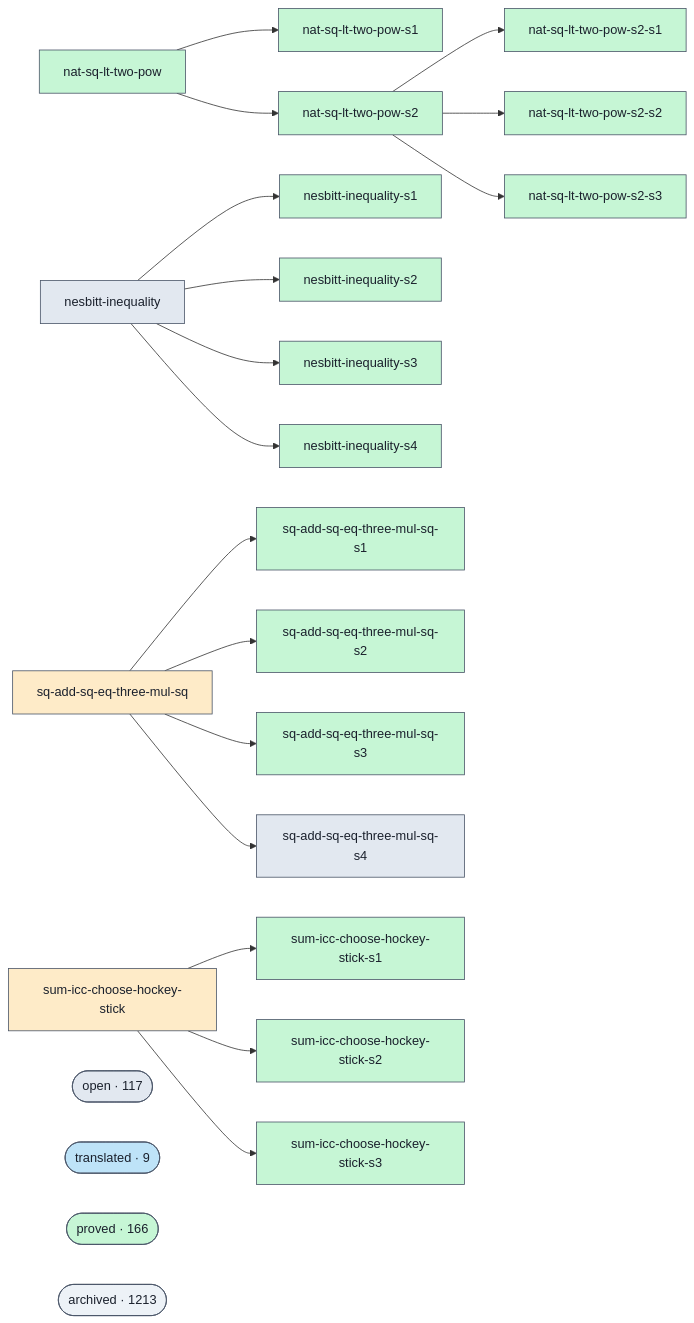
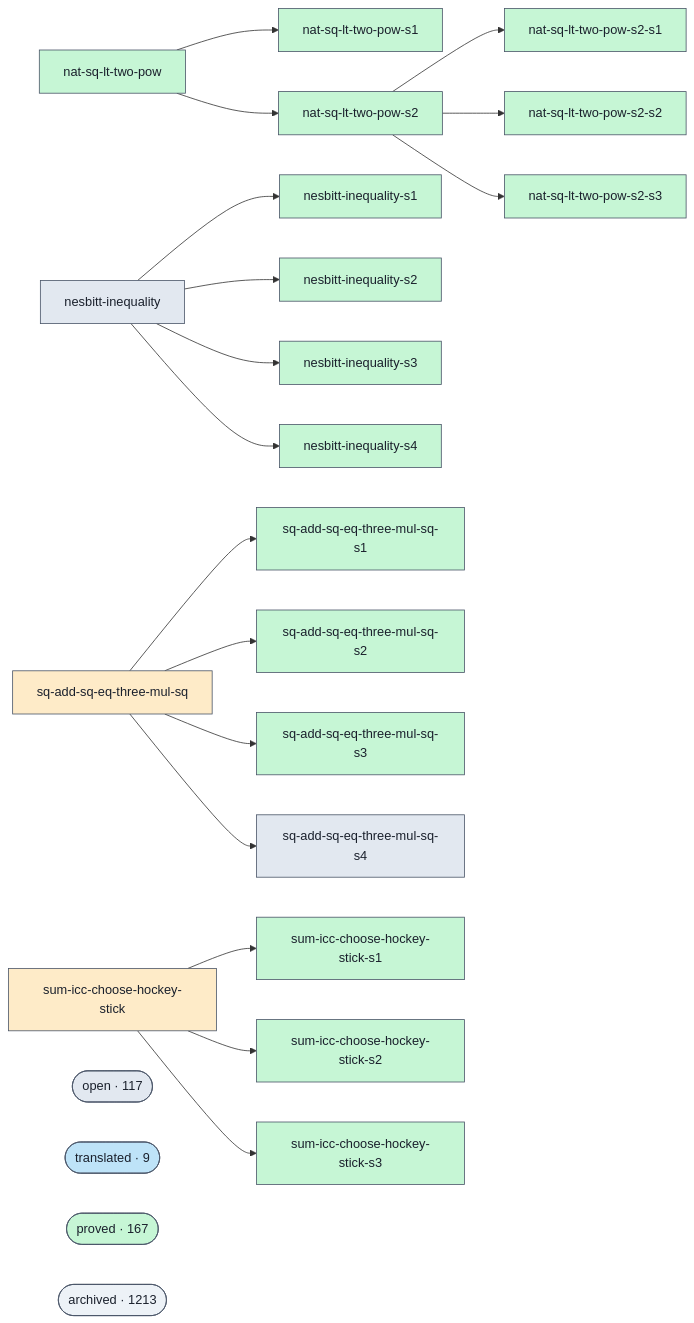
One commit to ohdearquant/unsorry changed the diagram in docs/proofs-contributors-visualisation.md. Above: the diagram before and after it, drawn with Mermaid. The commit also changed other lines of this file and 2 other files, not shown here.

```diff
--- a/docs/proofs-contributors-visualisation.md
+++ b/docs/proofs-contributors-visualisation.md
@@ -102,7 +102,7 @@
   class cluster_open open;
   cluster_translated(["translated · 9"])
   class cluster_translated translated;
-  cluster_proved(["proved · 166"])
+  cluster_proved(["proved · 167"])
   class cluster_proved proved;
   cluster_archived(["archived · 1213"])
   class cluster_archived unknown;
```
